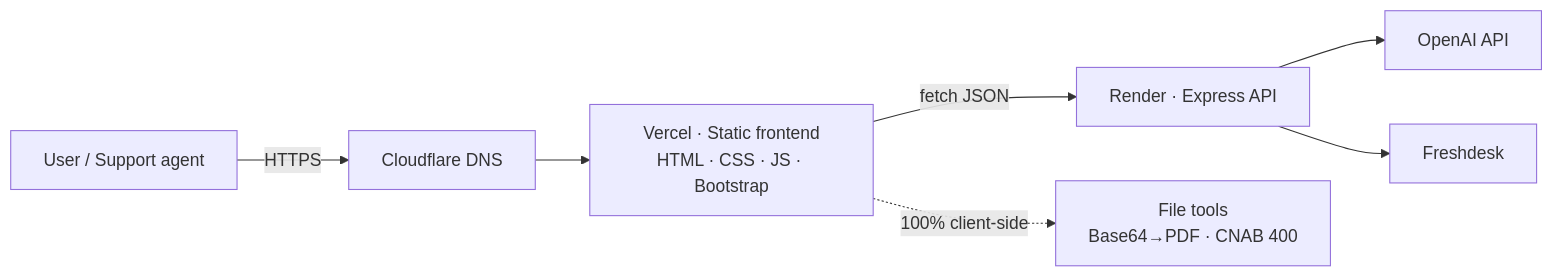
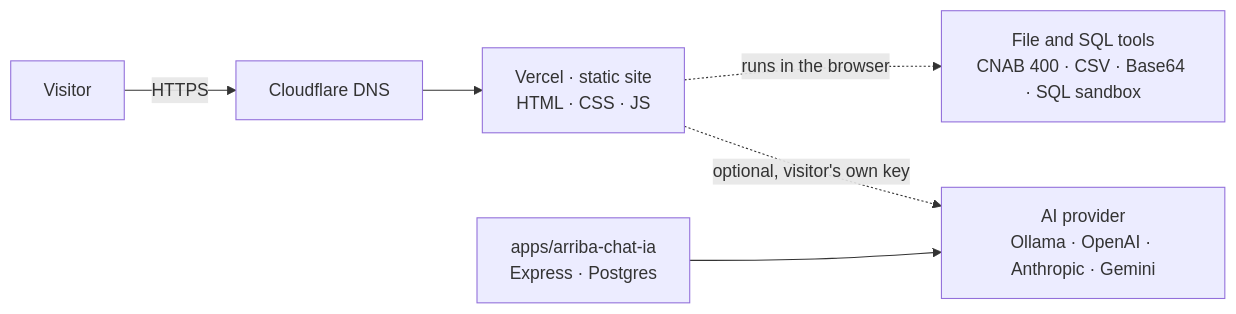
The diagram in README.md (jonathanmesquita/arriba_platform), drawn with Mermaid before and after one commit. The commit also changed other lines of this file and 385 other files, not shown here.

````diff
--- a/README.md
+++ b/README.md
@@ -74,9 +75,8 @@
 ```mermaid
 flowchart LR
-    U[User / Support agent] -->|HTTPS| CF[Cloudflare DNS]
-    CF --> FE[Vercel · Static frontend<br/>HTML · CSS · JS · Bootstrap]
-    FE -->|fetch JSON| API[Render · Express API]
-    API --> AI[OpenAI API]
-    API --> FD[Freshdesk]
-    FE -. 100% client-side .-> TOOLS[File tools<br/>Base64→PDF · CNAB 400]
+    U[Visitor] -->|HTTPS| CF[Cloudflare DNS]
+    CF --> FE[Vercel · static site<br/>HTML · CSS · JS]
+    FE -. runs in the browser .-> TOOLS[File and SQL tools<br/>CNAB 400 · CSV · Base64 · SQL sandbox]
+    FE -. optional, visitor's own key .-> LLM[AI provider<br/>Ollama · OpenAI · Anthropic · Gemini]
+    APP[apps/arriba-chat-ia<br/>Express · Postgres] --> LLM
 ```
````
